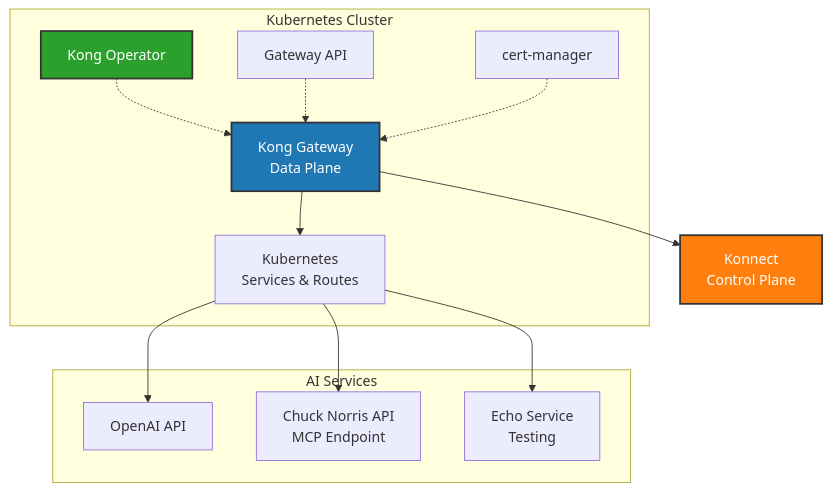
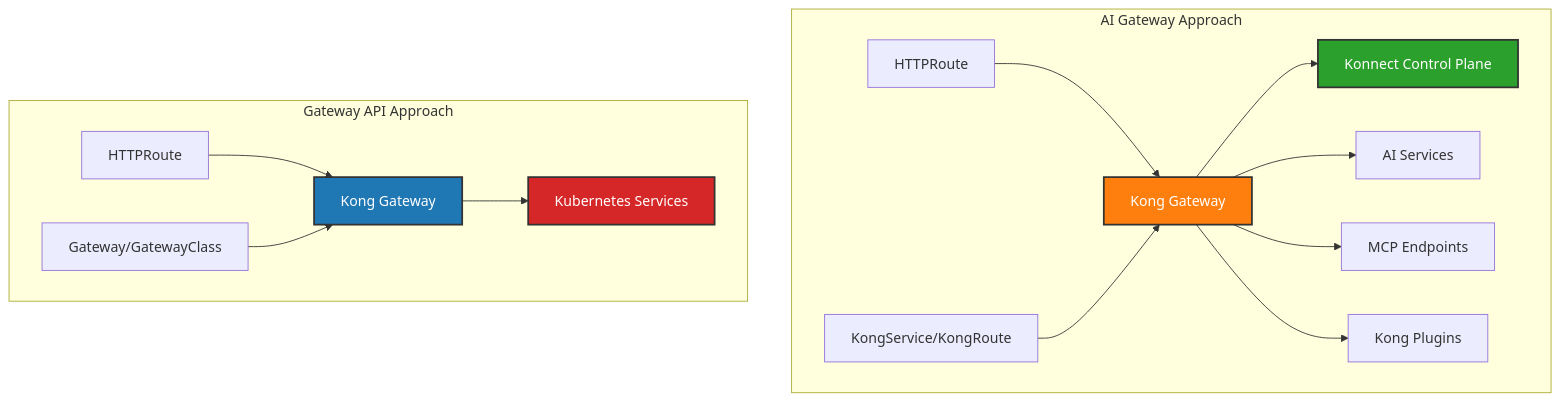
The diagram in README.md (hguerrero/kong-operator-kubecon-2026), drawn with Mermaid before and after one commit. The commit also changed other lines of this file and 8 other files, not shown here.

Commit message:
Refactor Kong Operator demo to separate AI Gateway and Gateway API implementations with updated configurations and README files.

````diff
--- a/README.md
+++ b/README.md
@@ -24,31 +44,22 @@
 ```mermaid
-graph TD
-    A[Kong Gateway<br/>Data Plane] --> B[Konnect<br/>Control Plane]
-    A --> C[Kubernetes<br/>Services & Routes]
-    
-    subgraph "AI Services"
-        D[OpenAI API]
-        E[Chuck Norris API<br/>MCP Endpoint]
-        F[Echo Service<br/>Testing]
+graph TB
+    subgraph "AI Gateway Approach"
+        A1[HTTPRoute] --> A2[Kong Gateway]
+        A2 --> A3[Konnect Control Plane]
+        A2 --> A4[AI Services]
+        A2 --> A5[MCP Endpoints]
+        A2 --> A6[Kong Plugins]
+        A7[KongService/KongRoute] --> A2
     end
     
-    C --> D
-    C --> E
-    C --> F
-    
-    subgraph "Kubernetes Cluster"
-        C
-        A
-        G[Kong Operator]
-        H[Gateway API]
-        I[cert-manager]
+    subgraph "Gateway API Approach"  
+        B1[HTTPRoute] --> B2[Kong Gateway]
+        B2 --> B3[Kubernetes Services]
+        B4[Gateway/GatewayClass] --> B2
     end
     
-    G -.-> A
-    H -.-> A
-    I -.-> A
-    
-    style A fill:#1f77b4,stroke:#333,stroke-width:2px,color:#fff
-    style B fill:#ff7f0e,stroke:#333,stroke-width:2px,color:#fff
-    style G fill:#2ca02c,stroke:#333,stroke-width:2px,color:#fff
+    style A2 fill:#ff7f0e,stroke:#333,stroke-width:2px,color:#fff
+    style A3 fill:#2ca02c,stroke:#333,stroke-width:2px,color:#fff  
+    style B2 fill:#1f77b4,stroke:#333,stroke-width:2px,color:#fff
+    style B3 fill:#d62728,stroke:#333,stroke-width:2px,color:#fff
 ```
````
